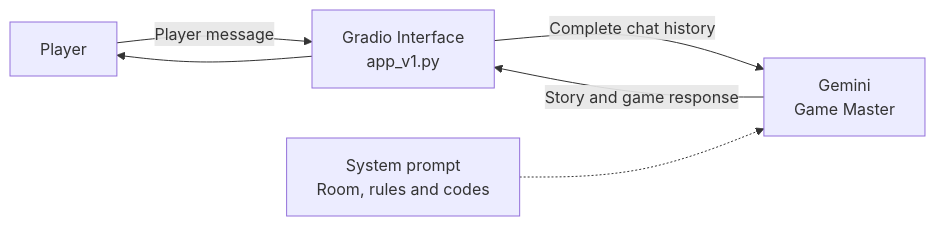
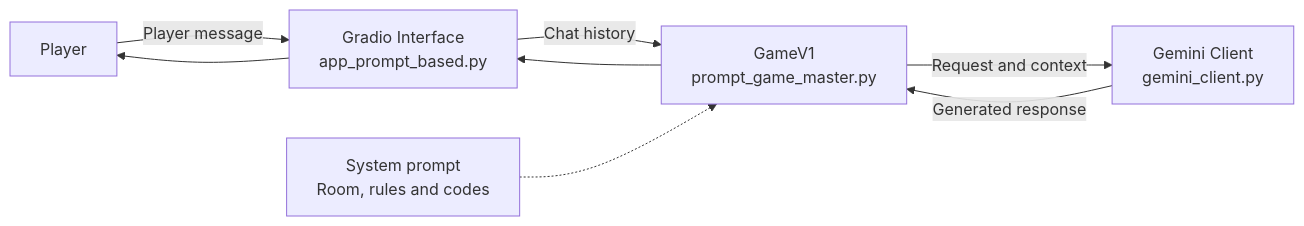
One commit to Pranavphadtare-UE/Deep_learning_gemini_escape changed the first of 2 diagrams in README.md. Above: the diagram before and after it, drawn with Mermaid. The commit also changed other lines of this file, not shown here.

````diff
--- a/README.md
+++ b/README.md
@@ -79,8 +74,10 @@
 ```mermaid
 flowchart LR
-    P[Player] -->|Player message| UI[Gradio Interface<br/>app_v1.py]
-    UI -->|Complete chat history| LLM[Gemini<br/>Game Master]
-    LLM -->|Story and game response| UI
+    P[Player] -->|Player message| UI[Gradio Interface<br/>app_prompt_based.py]
+    UI -->|Chat history| GM[GameV1<br/>prompt_game_master.py]
+    GM -->|Request and context| LLM[Gemini Client<br/>gemini_client.py]
+    LLM -->|Generated response| GM
+    GM --> UI
     UI --> P
-    PROMPT[System prompt<br/>Room, rules and codes] -.-> LLM
+    PROMPT[System prompt<br/>Room, rules and codes] -.-> GM
 ```
````
